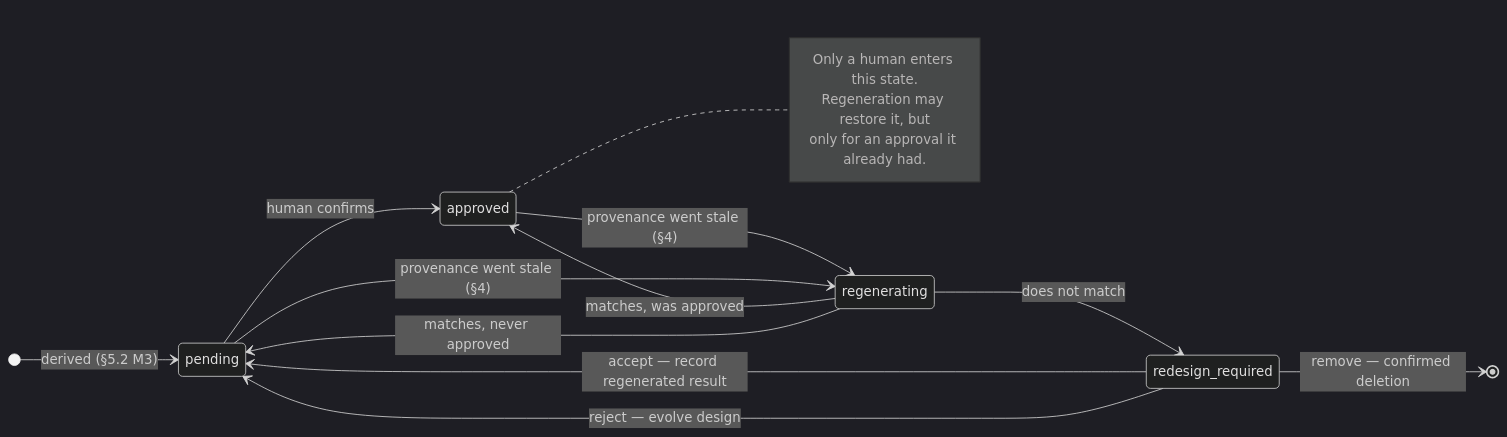
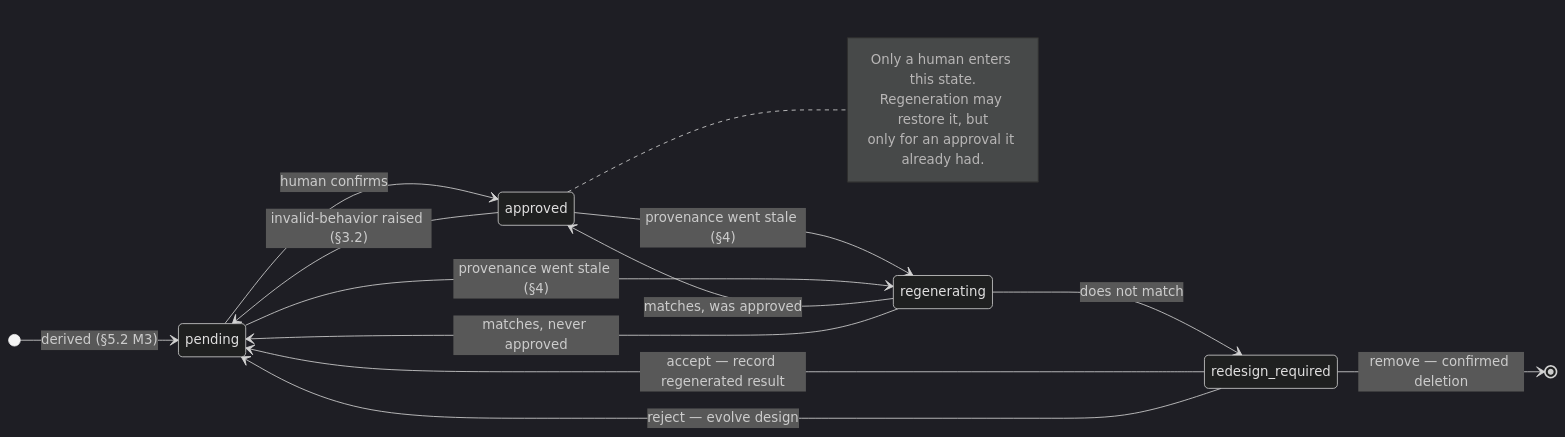
Before and after one commit to weaver-engineering/agent-plugins-docs: the second of 2 diagrams in docs/design/design-assistant/datamodel/reconciliation-model.md, drawn with Mermaid (dark theme). The commit also changed other lines of this file and 10 other files, not shown here.

````diff
--- a/docs/design/design-assistant/datamodel/reconciliation-model.md
+++ b/docs/design/design-assistant/datamodel/reconciliation-model.md
@@ -297,23 +363,24 @@
 ```mermaid
 stateDiagram-v2
     direction LR
 
     [*] --> pending : derived (§5.2 M3)
     pending --> approved : human confirms
     approved --> regenerating : provenance went stale (§4)
     pending --> regenerating : provenance went stale (§4)
+    approved --> pending : invalid-behavior raised (§3.2)
 
     regenerating --> approved : matches, was approved
     regenerating --> pending : matches, never approved
     regenerating --> redesign_required : does not match
 
     redesign_required --> pending : accept — record regenerated result
     redesign_required --> pending : reject — evolve design
     redesign_required --> [*] : remove — confirmed deletion
 
     note right of approved
         Only a human enters this state.
         Regeneration may restore it, but
         only for an approval it already had.
     end note
 ```
````
